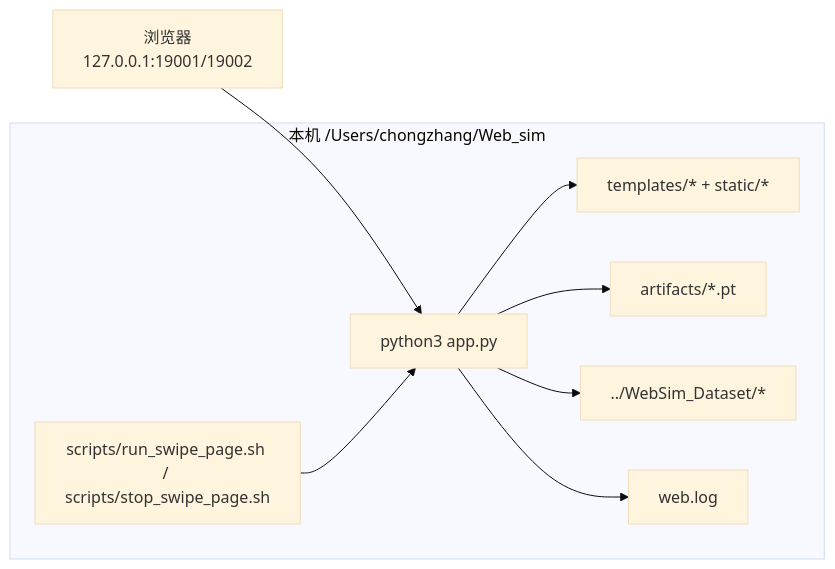
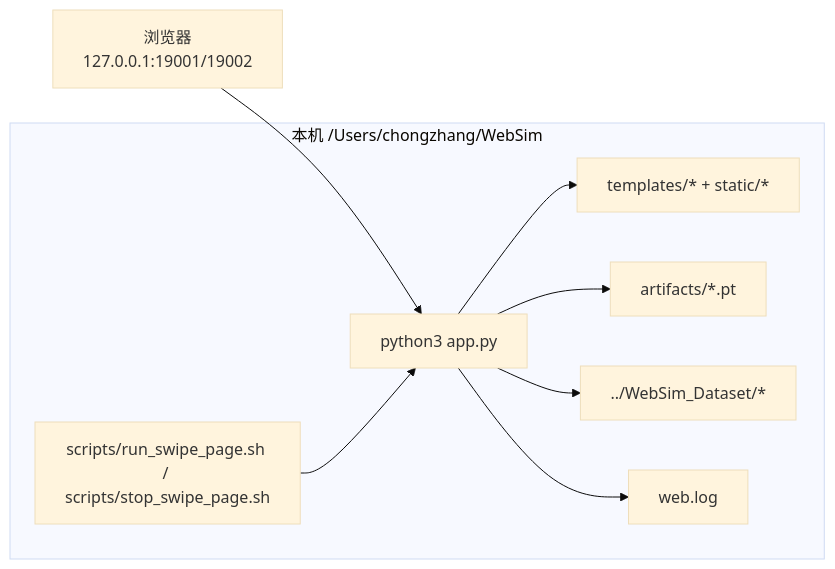
One commit to franz-chang/Web_simulation changed the sixth of 6 diagrams in docs/software_engineering_diagrams.md. Above: the diagram before and after it, drawn with Mermaid (base theme). The commit also changed other lines of this file and 9 other files, not shown here.

````diff
--- a/docs/software_engineering_diagrams.md
+++ b/docs/software_engineering_diagrams.md
@@ -184,20 +184,20 @@
 ```mermaid
 flowchart LR
   Browser[浏览器\n127.0.0.1:19001/19002]
 
-  subgraph Host[本机 /Users/chongzhang/Web_sim]
+  subgraph Host[本机 /Users/chongzhang/WebSim]
     Script[scripts/run_swipe_page.sh / scripts/stop_swipe_page.sh]
     FlaskProc[python3 app.py]
     Templates[templates/* + static/*]
     Artifacts[artifacts/*.pt]
     Dataset[../WebSim_Dataset/*]
     Log[web.log]
   end
 
   Browser --> FlaskProc
   Script --> FlaskProc
   FlaskProc --> Templates
   FlaskProc --> Artifacts
   FlaskProc --> Dataset
   FlaskProc --> Log
 ```
````
